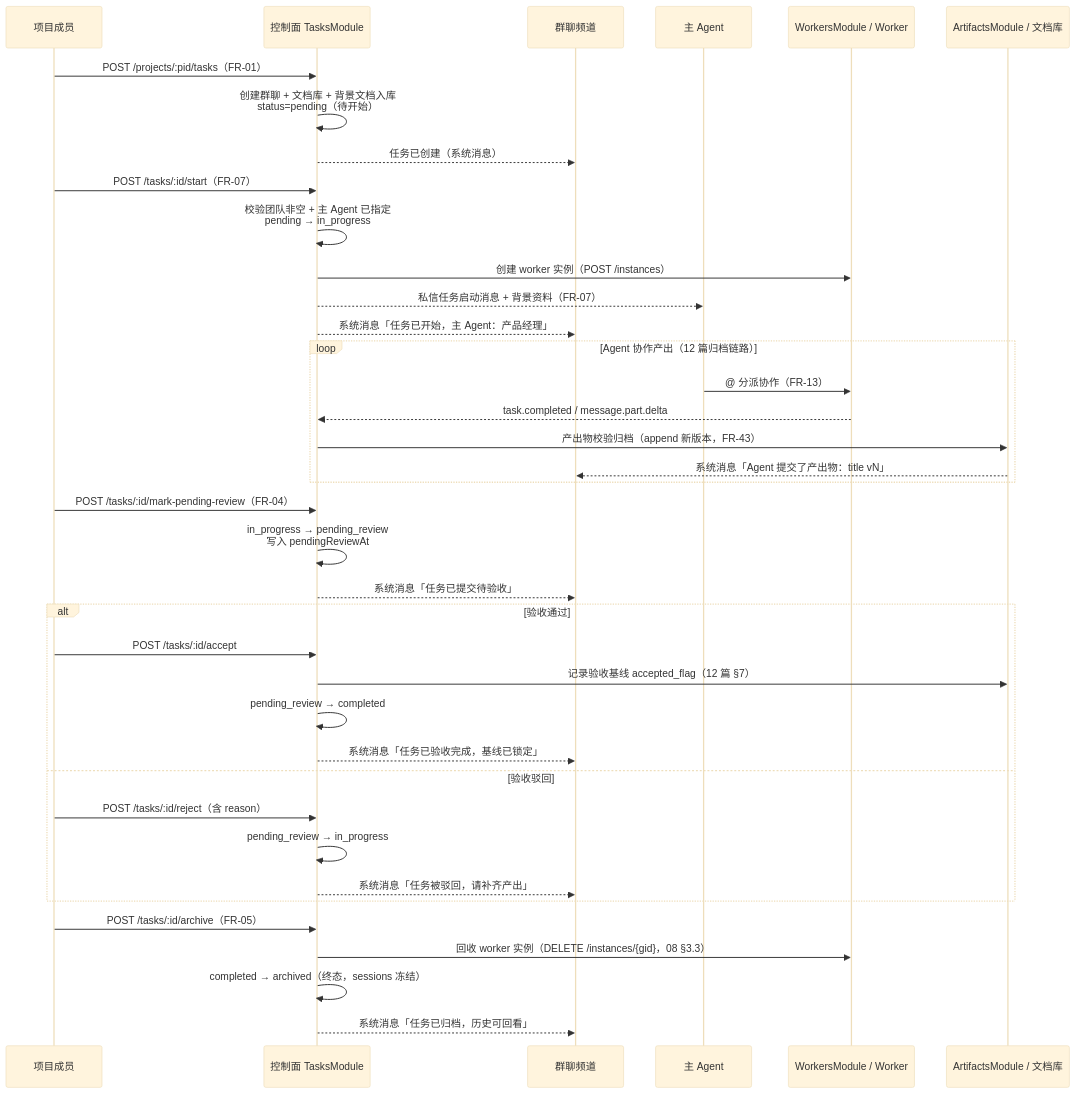
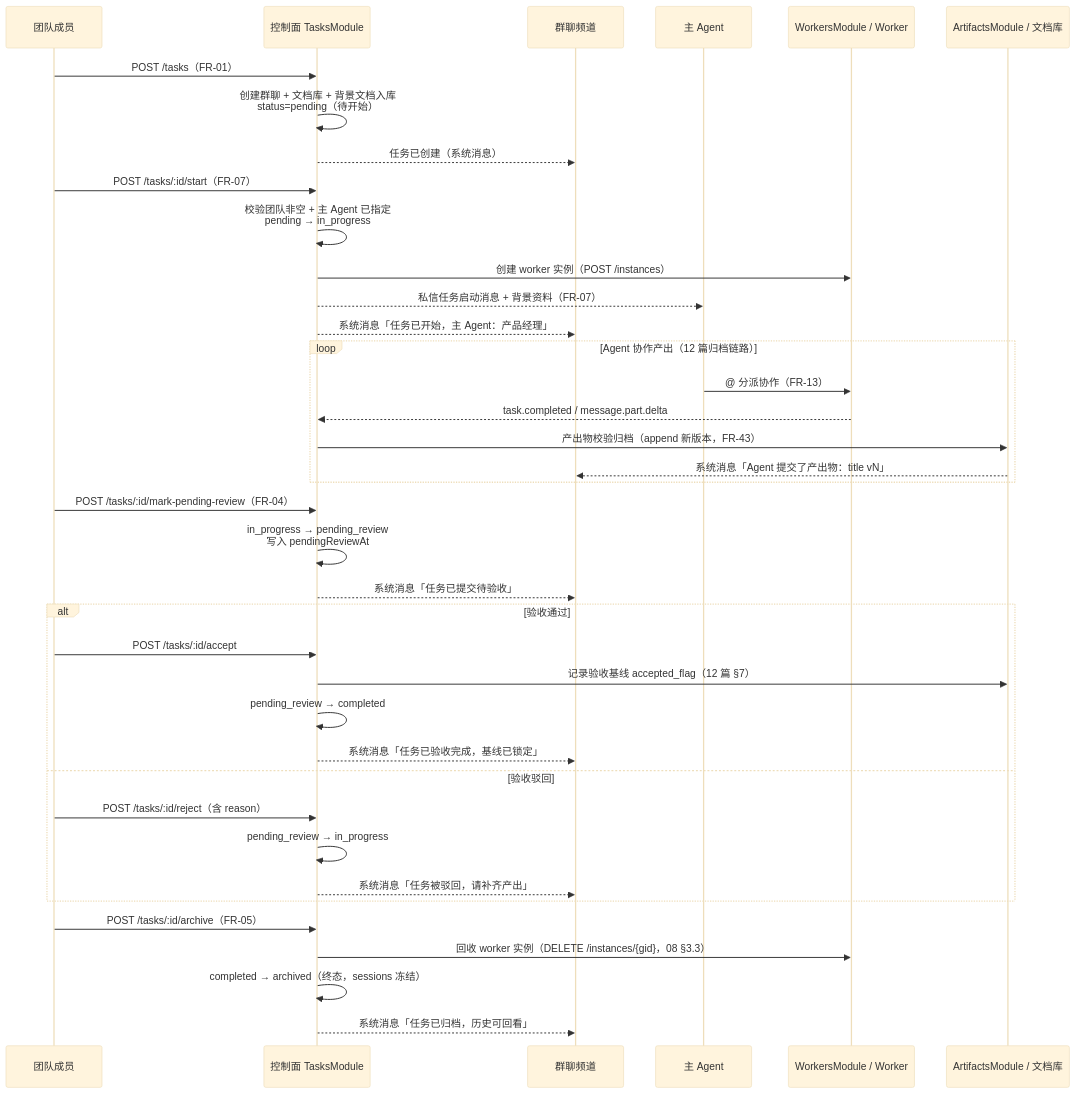
One commit to guolong123/vteam changed the second of 2 diagrams in docs/agent-platform/13-任务状态机与全生命周期.md. Above: the diagram before and after it, drawn with Mermaid (base theme). The commit also changed other lines of this file and 169 other files, not shown here.

````diff
--- a/docs/agent-platform/13-任务状态机与全生命周期.md
+++ b/docs/agent-platform/13-任务状态机与全生命周期.md
@@ -273,46 +273,46 @@
 ```mermaid
 sequenceDiagram
-    participant MEM as 项目成员
+    participant MEM as 团队成员
     participant CTRL as 控制面 TasksModule
     participant CH as 群聊频道
     participant MAIN as 主 Agent
     participant WK as WorkersModule / Worker
     participant ART as ArtifactsModule / 文档库
 
-    MEM->>CTRL: POST /projects/:pid/tasks（FR-01）
+    MEM->>CTRL: POST /tasks（FR-01）
     CTRL->>CTRL: 创建群聊 + 文档库 + 背景文档入库<br/>status=pending（待开始）
     CTRL-->>CH: 任务已创建（系统消息）
 
     MEM->>CTRL: POST /tasks/:id/start（FR-07）
     CTRL->>CTRL: 校验团队非空 + 主 Agent 已指定<br/>pending → in_progress
     CTRL->>WK: 创建 worker 实例（POST /instances）
     CTRL-->>MAIN: 私信任务启动消息 + 背景资料（FR-07）
     CTRL-->>CH: 系统消息「任务已开始，主 Agent：产品经理」
 
     loop Agent 协作产出（12 篇归档链路）
         MAIN->>WK: @ 分派协作（FR-13）
         WK-->>CTRL: task.completed / message.part.delta
         CTRL->>ART: 产出物校验归档（append 新版本，FR-43）
         ART-->>CH: 系统消息「Agent 提交了产出物：title vN」
     end
 
     MEM->>CTRL: POST /tasks/:id/mark-pending-review（FR-04）
     CTRL->>CTRL: in_progress → pending_review<br/>写入 pendingReviewAt
     CTRL-->>CH: 系统消息「任务已提交待验收」
 
     alt 验收通过
         MEM->>CTRL: POST /tasks/:id/accept
         CTRL->>ART: 记录验收基线 accepted_flag（12 篇 §7）
         CTRL->>CTRL: pending_review → completed
         CTRL-->>CH: 系统消息「任务已验收完成，基线已锁定」
     else 验收驳回
         MEM->>CTRL: POST /tasks/:id/reject（含 reason）
         CTRL->>CTRL: pending_review → in_progress
         CTRL-->>CH: 系统消息「任务被驳回，请补齐产出」
     end
 
     MEM->>CTRL: POST /tasks/:id/archive（FR-05）
     CTRL->>WK: 回收 worker 实例（DELETE /instances/{gid}，08 §3.3）
     CTRL->>CTRL: completed → archived（终态，sessions 冻结）
     CTRL-->>CH: 系统消息「任务已归档，历史可回看」
 ```
````
